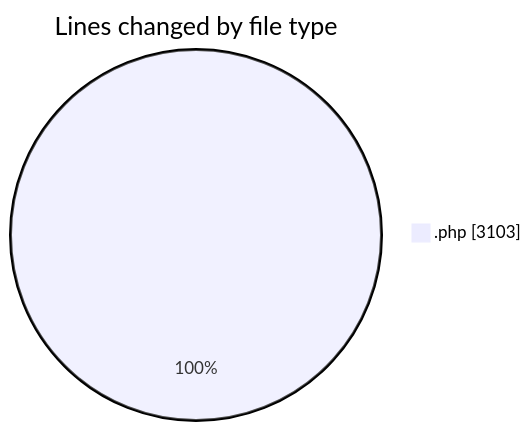
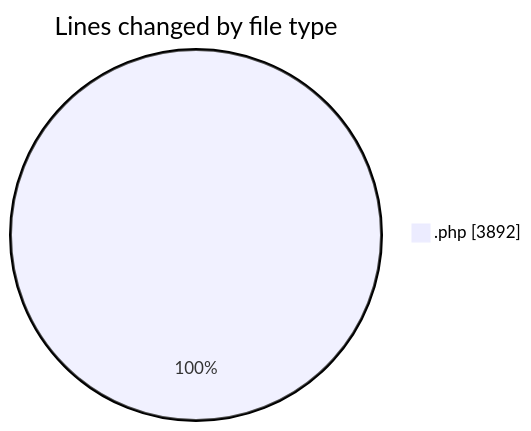
One commit to debugP/code-tracking changed the first of 2 diagrams in 2025-10-29/untitled__workspace_/README.md. Above: the diagram before and after it, drawn with Mermaid. The commit also changed other lines of this file and 1 other file, not shown here.

````diff
--- a/2025-10-29/untitled__workspace_/README.md
+++ b/2025-10-29/untitled__workspace_/README.md
@@ -22,5 +22,5 @@
 ```mermaid
 pie showData
 title Lines changed by file type
-".php" : 3103
+".php" : 3892
 ```
````
